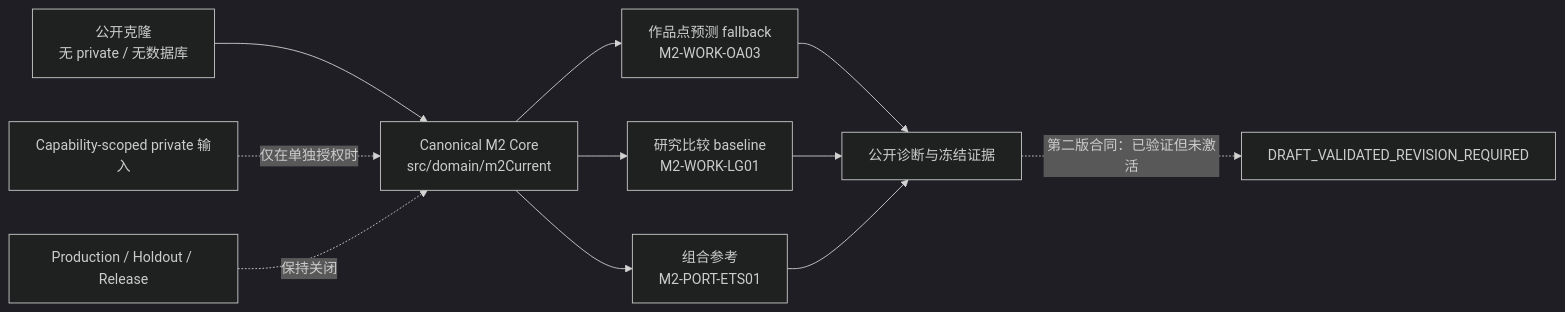
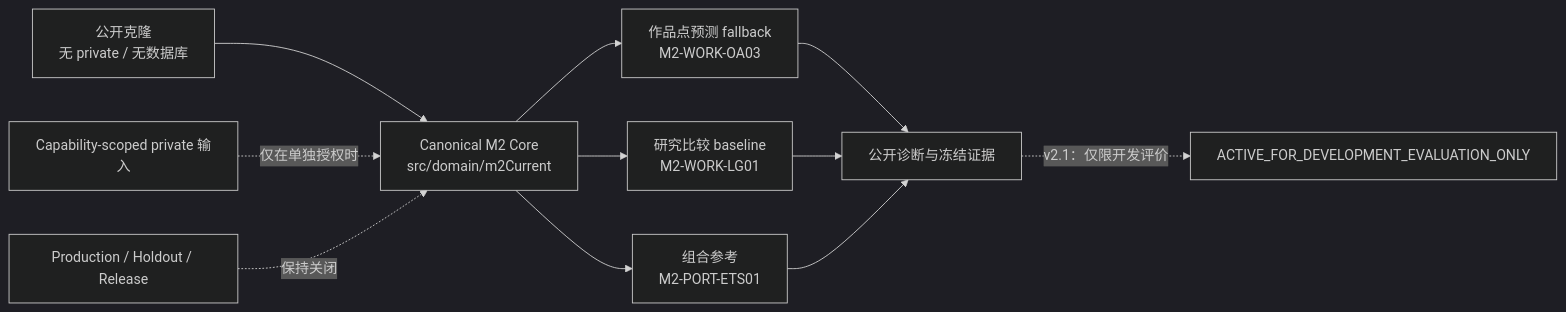
One commit to KAtOReNA7/system changed the diagram in README.md. Above: the diagram before and after it, drawn with Mermaid (dark theme). The commit also changed other lines of this file and 14 other files, not shown here.

````diff
--- a/README.md
+++ b/README.md
@@ -51,13 +51,13 @@
 ```mermaid
 flowchart LR
     A["公开克隆<br/>无 private / 无数据库"] --> B["Canonical M2 Core<br/>src/domain/m2Current"]
     B --> C["作品点预测 fallback<br/>M2-WORK-OA03"]
     B --> D["研究比较 baseline<br/>M2-WORK-LG01"]
     B --> E["组合参考<br/>M2-PORT-ETS01"]
     C --> F["公开诊断与冻结证据"]
     D --> F
     E --> F
-    F -. "第二版合同：已验证但未激活" .-> G["DRAFT_VALIDATED_REVISION_REQUIRED"]
+    F -. "v2.1：仅限开发评价" .-> G["ACTIVE_FOR_DEVELOPMENT_EVALUATION_ONLY"]
     H["Capability-scoped private 输入"] -. "仅在单独授权时" .-> B
     I["Production / Holdout / Release"] -. "保持关闭" .-> B
 ```
````
